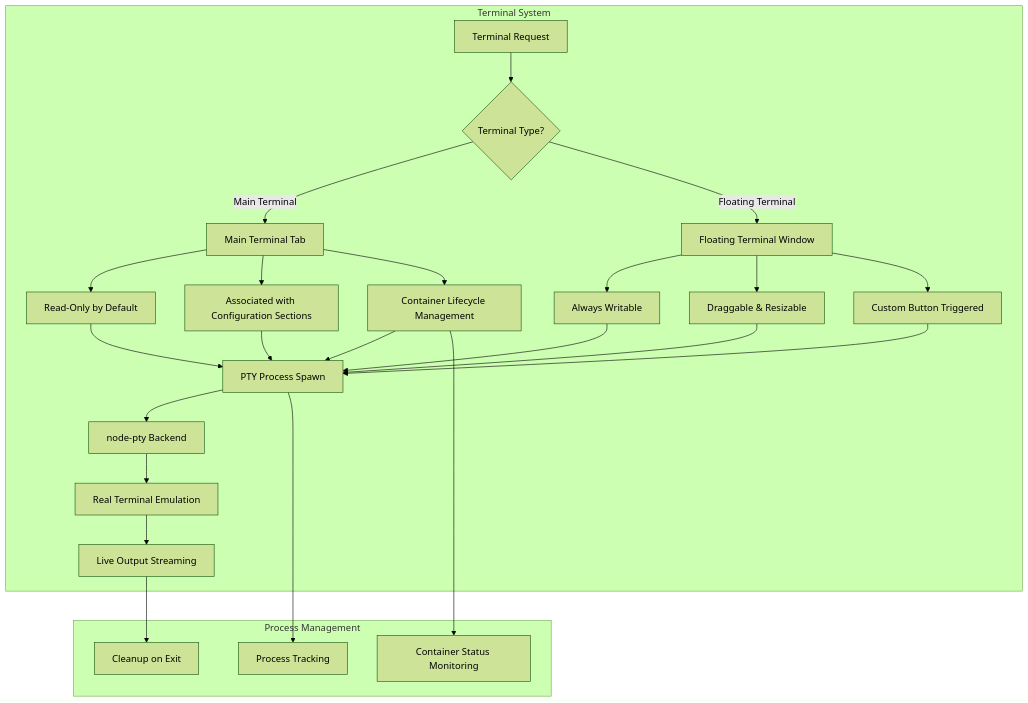
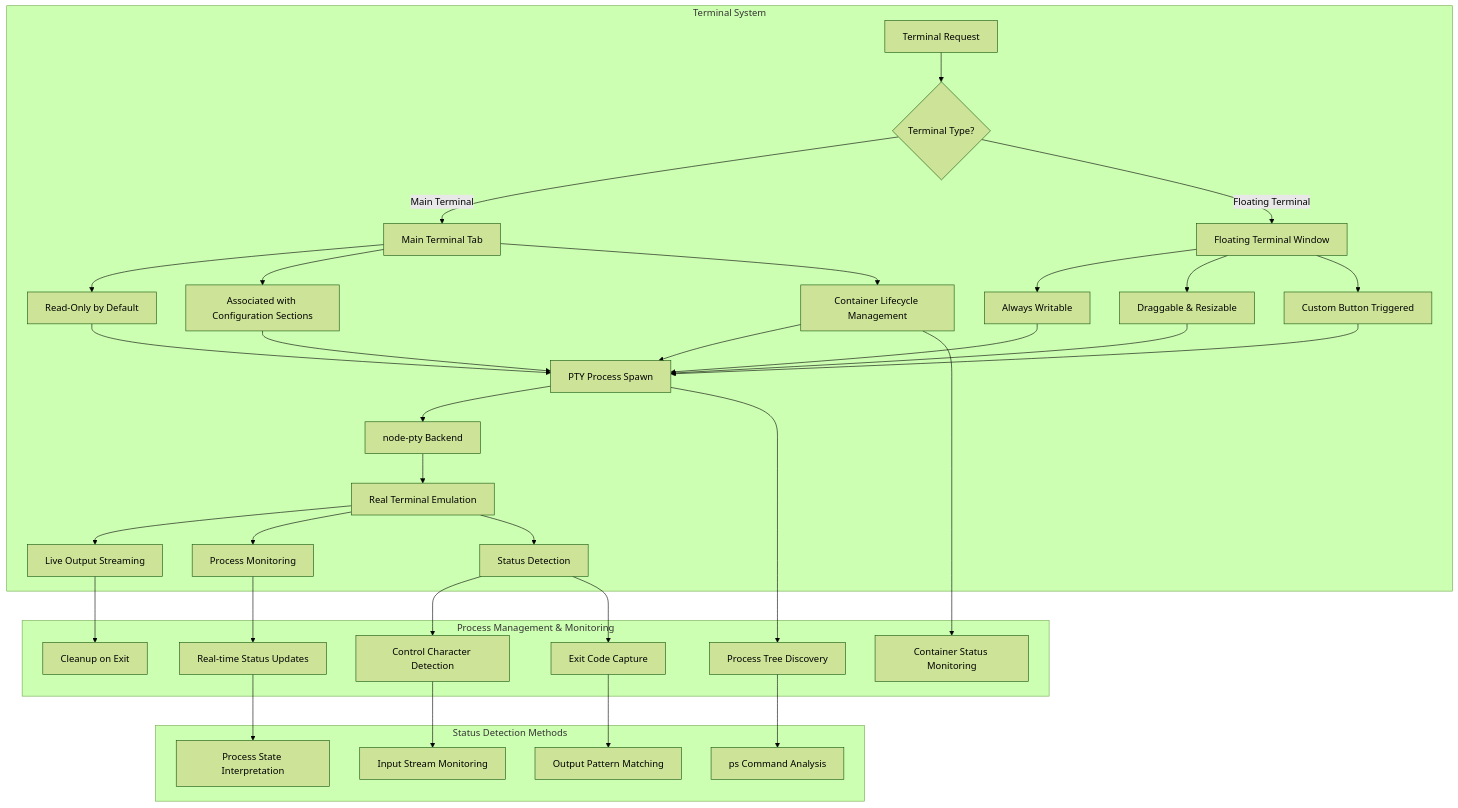
One commit to sagy101/ProjectName-Manager changed the fourth of 10 diagrams in docs/architecture.md. Above: the diagram before and after it, drawn with Mermaid (forest theme). The commit also changed other lines of this file and 13 other files, not shown here.

````diff
--- a/docs/architecture.md
+++ b/docs/architecture.md
@@ -238,38 +239,58 @@
 ```mermaid
 graph TB
     subgraph "Terminal System"
         A[Terminal Request] --> B{Terminal Type?}
         
         B -->|Main Terminal| C[Main Terminal Tab]
         B -->|Floating Terminal| D[Floating Terminal Window]
         
         C --> E[Read-Only by Default]
         C --> F[Associated with Configuration Sections]
         C --> G[Container Lifecycle Management]
         
         D --> H[Always Writable]
         D --> I[Draggable & Resizable]
         D --> J[Custom Button Triggered]
         
         E --> K[PTY Process Spawn]
         F --> K
         G --> K
         H --> K
         I --> K
         J --> K
         
         K --> L[node-pty Backend]
         L --> M[Real Terminal Emulation]
         M --> N[Live Output Streaming]
+        M --> O[Process Monitoring]
+        M --> P[Status Detection]
     end
     
-    subgraph "Process Management"
-        O[Process Tracking]
-        P[Container Status Monitoring]
-        Q[Cleanup on Exit]
+    subgraph "Process Management & Monitoring"
+        Q[Process Tree Discovery]
+        R[Real-time Status Updates]
+        S[Control Character Detection]
+        T[Exit Code Capture]
+        U[Container Status Monitoring]
+        V[Cleanup on Exit]
     end
     
-    K --> O
-    G --> P
-    N --> Q
+    subgraph "Status Detection Methods"
+        W[ps Command Analysis]
+        X[Input Stream Monitoring]
+        Y[Output Pattern Matching]
+        Z[Process State Interpretation]
+    end
+    
+    K --> Q
+    O --> R
+    P --> S
+    P --> T
+    G --> U
+    N --> V
+    
+    Q --> W
+    S --> X
+    T --> Y
+    R --> Z
 ```
````
